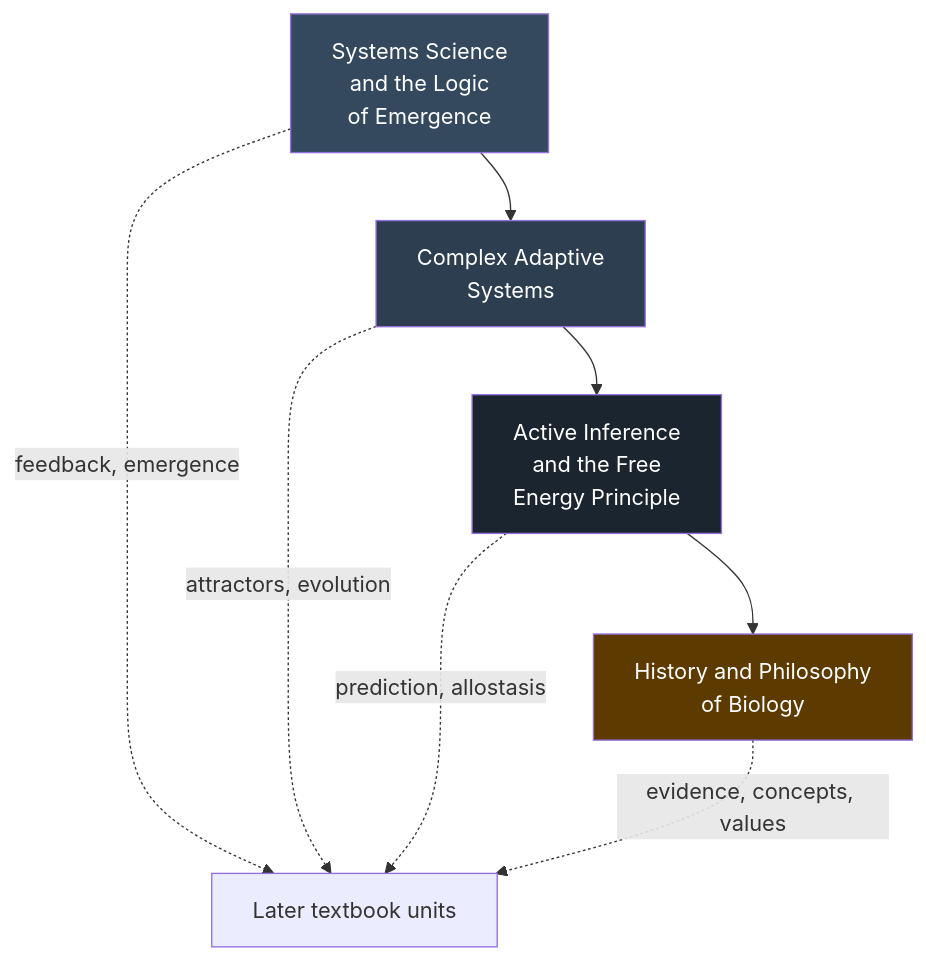
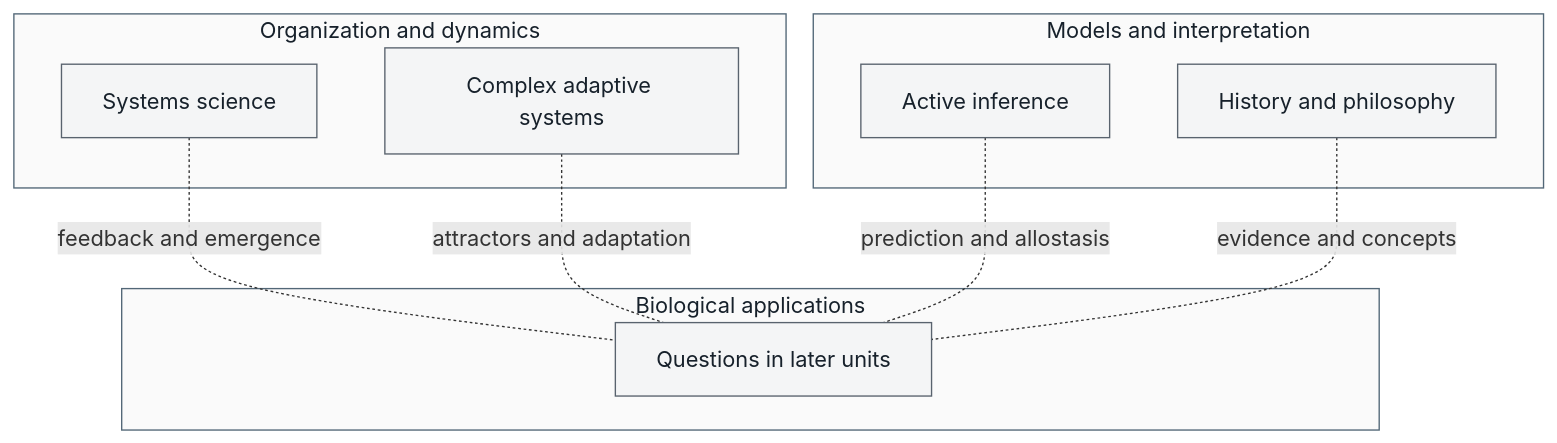
One commit to docxology/biology_textbook changed the diagram in docs/manuscript/unit_0/unit_intro.md. Above: the diagram before and after it, drawn with Mermaid. The commit also changed other lines of this file and 152 other files, not shown here.

````diff
--- a/docs/manuscript/unit_0/unit_intro.md
+++ b/docs/manuscript/unit_0/unit_intro.md
@@ -63,15 +63,26 @@
 ```mermaid
+---
+config:
+  layout: dagre
+---
 graph TD
-    C1["Systems Science<br/>and the Logic<br/>of Emergence"] --> C2["Complex Adaptive<br/>Systems"]
-    C2 --> C3["Active Inference<br/>and the Free<br/>Energy Principle"]
-    C3 --> C4["History and Philosophy<br/>of Biology"]
-    C1 -.->|"feedback, emergence"| UI["Later textbook units"]
-    C2 -.->|"attractors, evolution"| UI
-    C3 -.->|"prediction, allostasis"| UI
-    C4 -.->|"evidence, concepts, values"| UI
-
-    style C1 fill:#34495e,color:#fff
-    style C2 fill:#2c3e50,color:#fff
-    style C3 fill:#1a252f,color:#fff
-    style C4 fill:#5d3a00,color:#fff
+    subgraph S["Organization and dynamics"]
+        SYS["Systems science"]
+        CAS["Complex adaptive systems"]
+    end
+    subgraph E["Models and interpretation"]
+        AI["Active inference"]
+        HP["History and philosophy"]
+    end
+    subgraph B["Biological applications"]
+        Q["Questions in later units"]
+    end
+    SYS -.-|"feedback and emergence"| Q
+    CAS -.-|"attractors and adaptation"| Q
+    AI -.-|"prediction and allostasis"| Q
+    HP -.-|"evidence and concepts"| Q
+    classDef default fill:#f4f5f6,stroke:#59636e,color:#17212b
+    style S fill:#fafafa,stroke:#526777,color:#17212b
+    style E fill:#fafafa,stroke:#526777,color:#17212b
+    style B fill:#fafafa,stroke:#526777,color:#17212b
 ```
````
